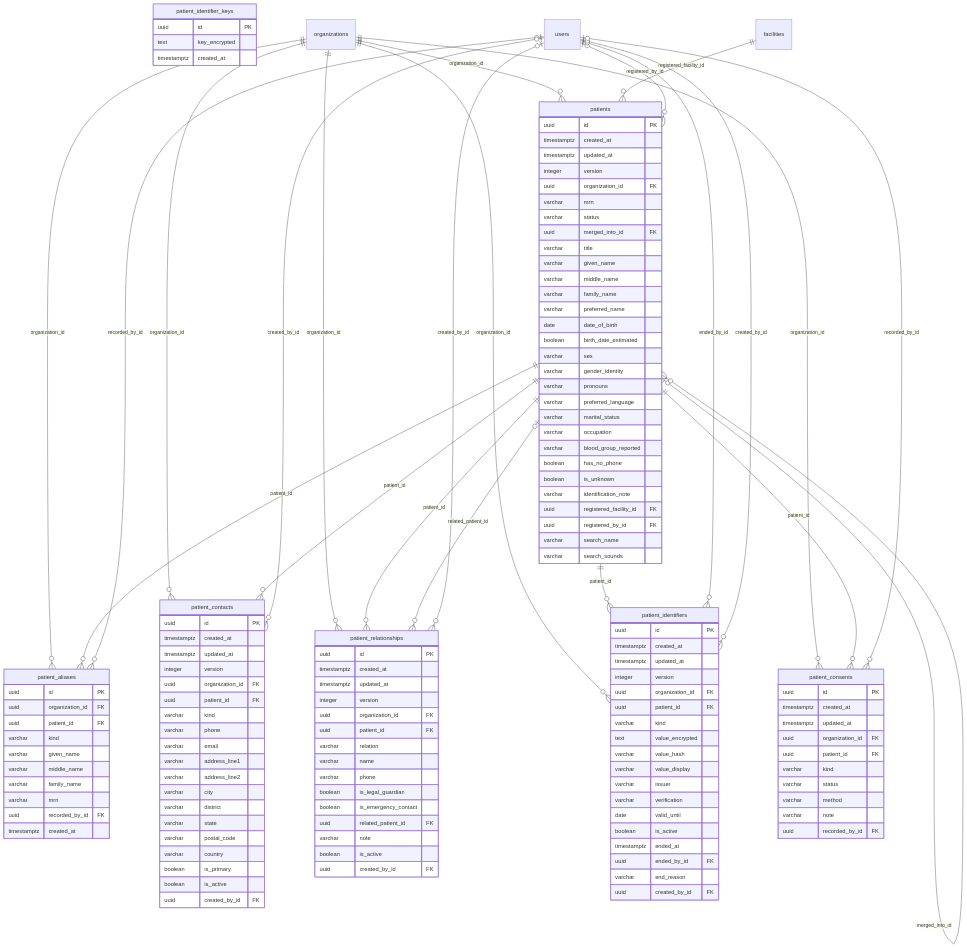
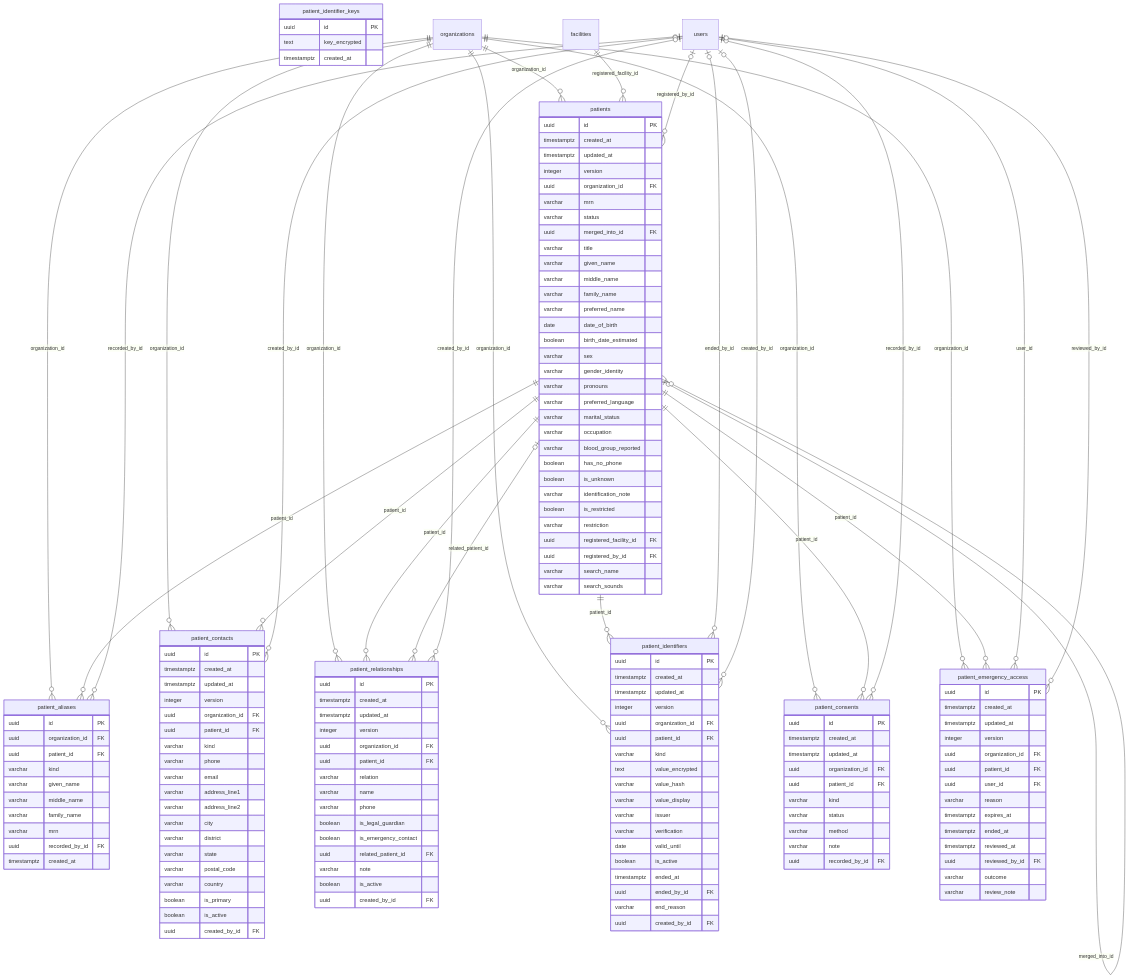
One commit to vijayant-pandey/HIMS_Advanced changed the fifth of 19 diagrams in docs/architecture/data-architecture/erd.md. Above: the diagram before and after it, drawn with Mermaid. The commit also changed other lines of this file and 59 other files, not shown here.

First line of the commit message:
HIMS-PAT-006: restricted (VIP/staff) records and emergency access with review (#60)

````diff
--- a/docs/architecture/data-architecture/erd.md
+++ b/docs/architecture/data-architecture/erd.md
@@ -499,6 +504,8 @@
         boolean has_no_phone
         boolean is_unknown
         varchar identification_note
+        boolean is_restricted
+        varchar restriction
         uuid registered_facility_id FK
         uuid registered_by_id FK
         varchar search_name
@@ -586,6 +593,22 @@
         varchar note
         uuid recorded_by_id FK
     }
+    patient_emergency_access {
+        uuid id PK
+        timestamptz created_at
+        timestamptz updated_at
+        integer version
+        uuid organization_id FK
+        uuid patient_id FK
+        uuid user_id FK
+        varchar reason
+        timestamptz expires_at
+        timestamptz ended_at
+        timestamptz reviewed_at
+        uuid reviewed_by_id FK
+        varchar outcome
+        varchar review_note
+    }
     patient_identifier_keys {
         uuid id PK
         text key_encrypted
@@ -615,4 +638,8 @@
     organizations ||--o{ patient_consents : "organization_id"
     patients ||--o{ patient_consents : "patient_id"
     users |o--o{ patient_consents : "recorded_by_id"
+    organizations ||--o{ patient_emergency_access : "organization_id"
+    patients ||--o{ patient_emergency_access : "patient_id"
+    users ||--o{ patient_emergency_access : "user_id"
+    users |o--o{ patient_emergency_access : "reviewed_by_id"
 ```
````
